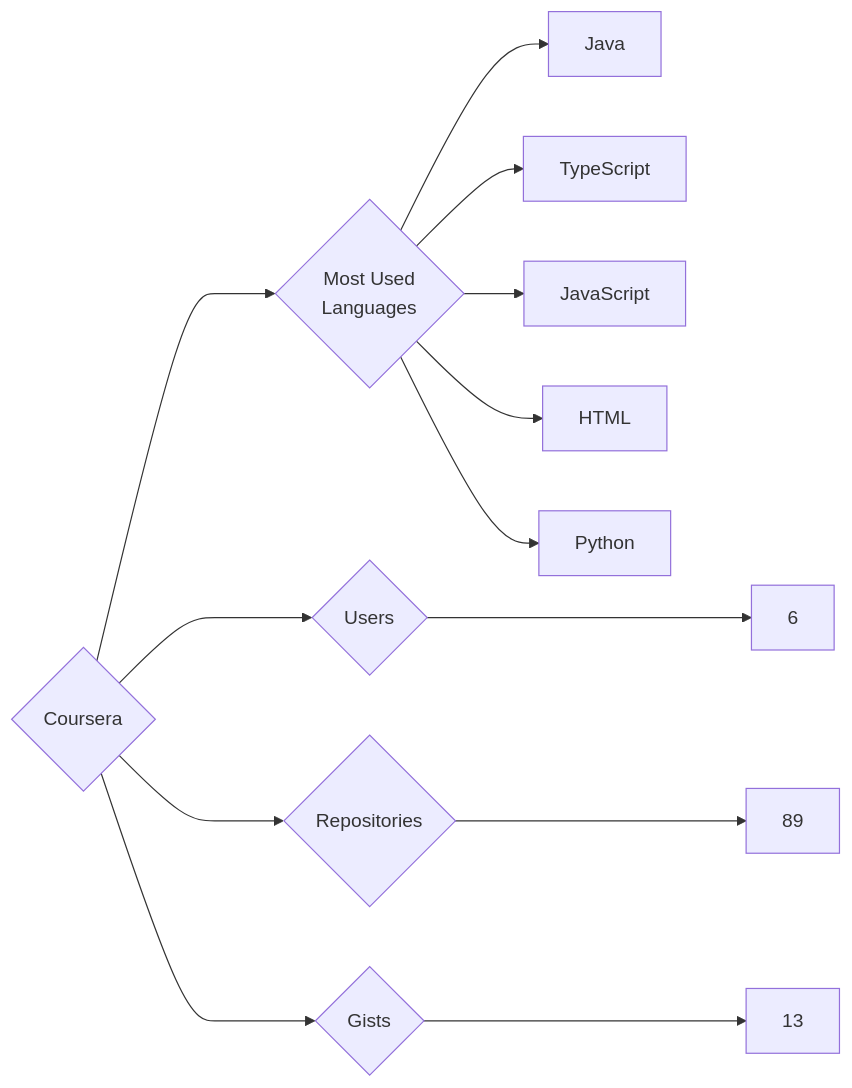
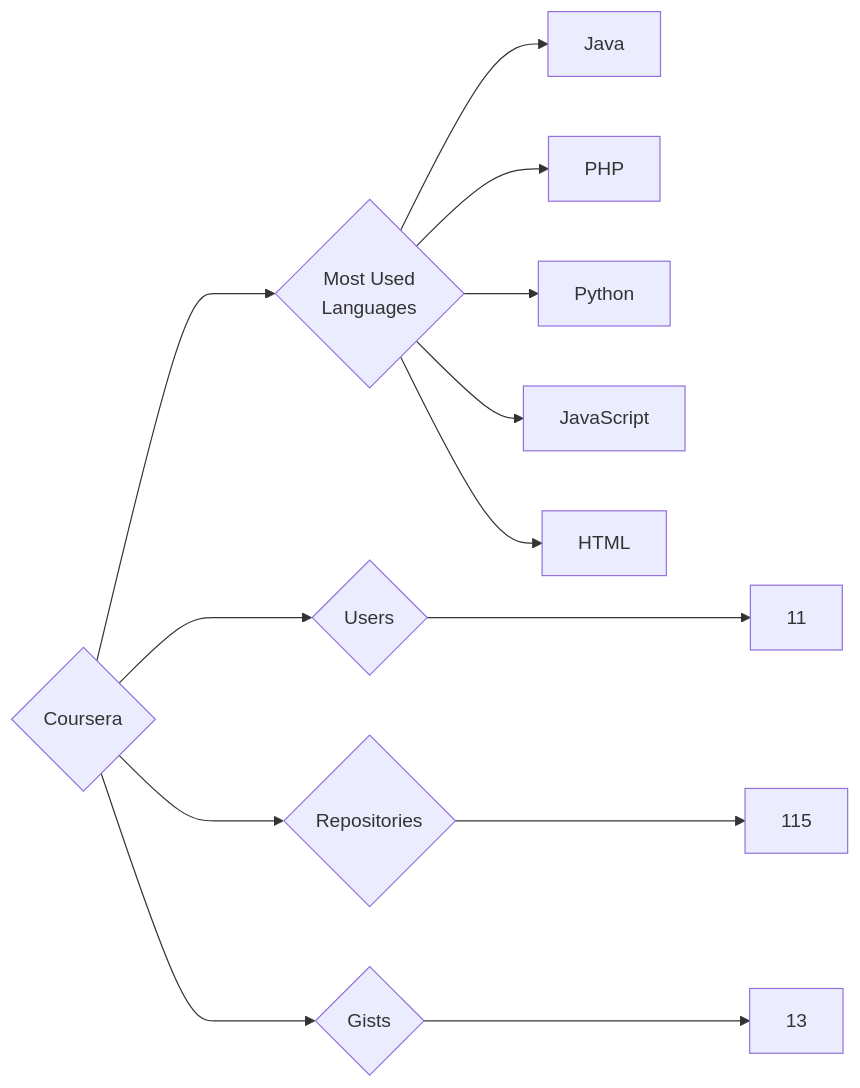
Before and after one commit to trickest/insiders: the diagram in targets/Coursera/README.md, drawn with Mermaid. The commit also changed 916 other files, not shown here.

````diff
--- a/targets/Coursera/README.md
+++ b/targets/Coursera/README.md
@@ -3,13 +3,13 @@
 ```mermaid
 graph LR
 COMPANY_NAME{Coursera}
-COMPANY_NAME ---> U{Users} ---> UN[6]
-COMPANY_NAME ---> R{Repositories} ---> RN[89]
+COMPANY_NAME ---> U{Users} ---> UN[11]
+COMPANY_NAME ---> R{Repositories} ---> RN[115]
 COMPANY_NAME ---> G{Gists} ---> GN[13]
 COMPANY_NAME ---> ML{Most Used<br>Languages}
 ML --> Java[Java]
-ML --> TypeScript[TypeScript]
+ML --> PHP[PHP]
+ML --> Python[Python]
 ML --> JavaScript[JavaScript]
 ML --> HTML[HTML]
-ML --> Python[Python]
 ```
````
